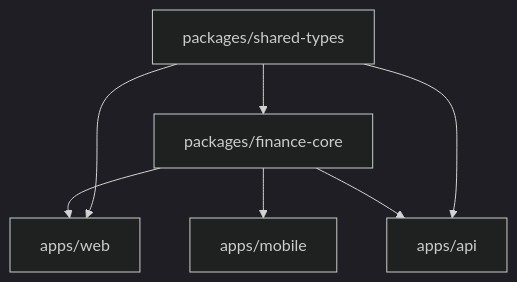
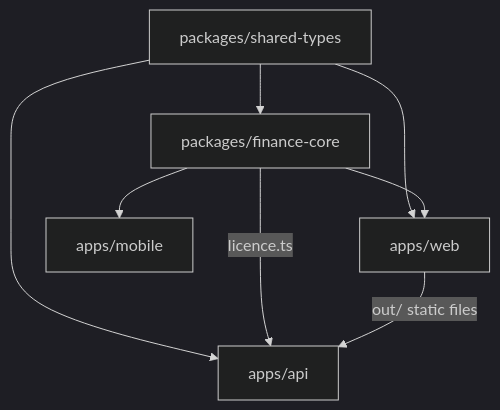
The diagram in docs/diagrams/HLD-2.mmd (equisteg/finance-calculators), drawn with Mermaid (dark theme) before and after one commit. The commit also changed 20 other files, not shown here.

```diff
--- a/docs/diagrams/HLD-2.mmd
+++ b/docs/diagrams/HLD-2.mmd
@@ -1,7 +1,8 @@
 flowchart TB
-  core[packages/finance-core] --> web[apps/web]
+  types[packages/shared-types] --> core[packages/finance-core]
+  types --> web[apps/web]
+  types --> api[apps/api]
+  core --> web
   core --> mobile[apps/mobile]
-  core --> api[apps/api]
-  types[packages/shared-types] --> core
-  types --> api
-  types --> web
+  core -->|licence.ts| api
+  web -->|out/ static files| api
```
